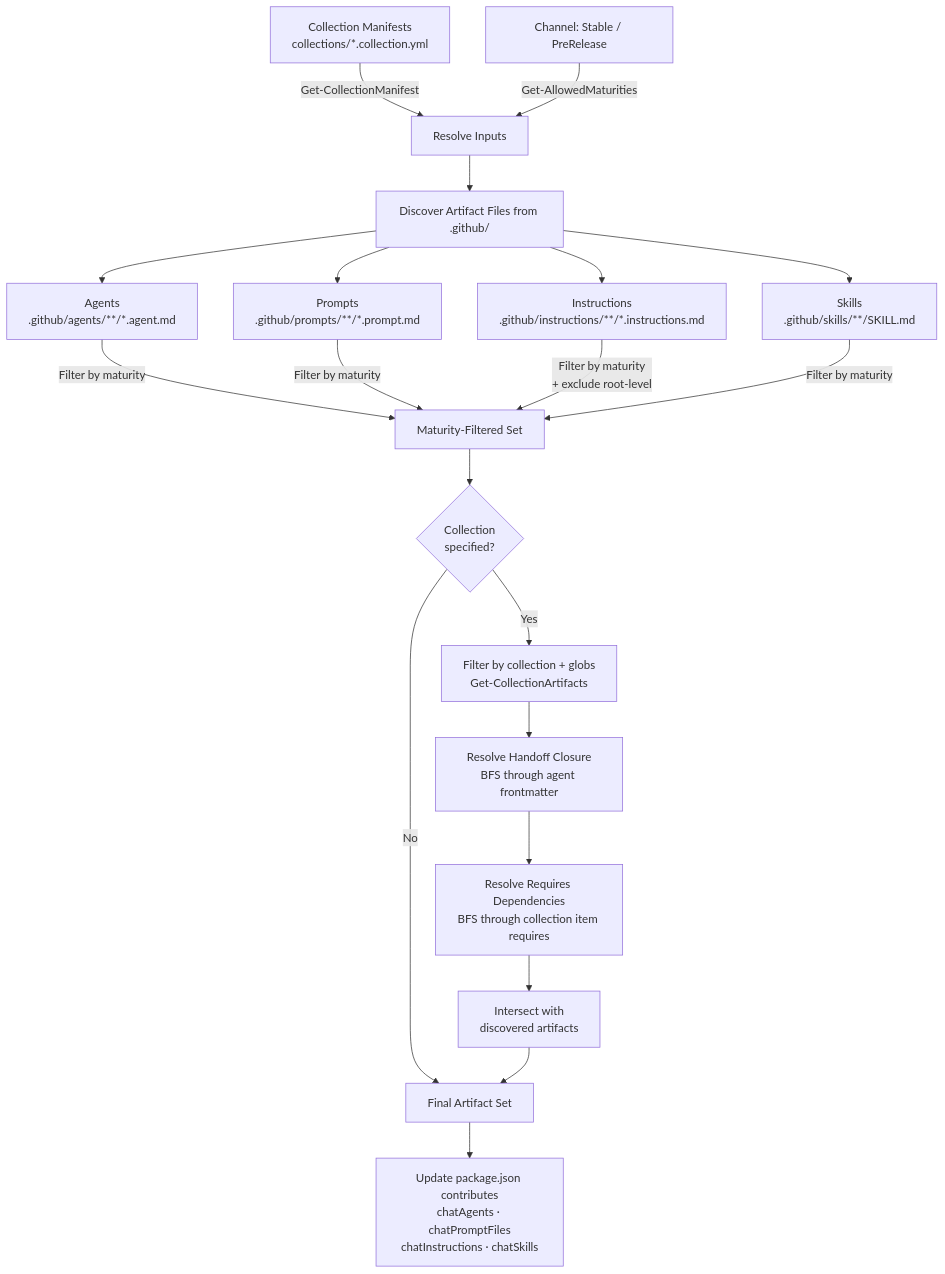
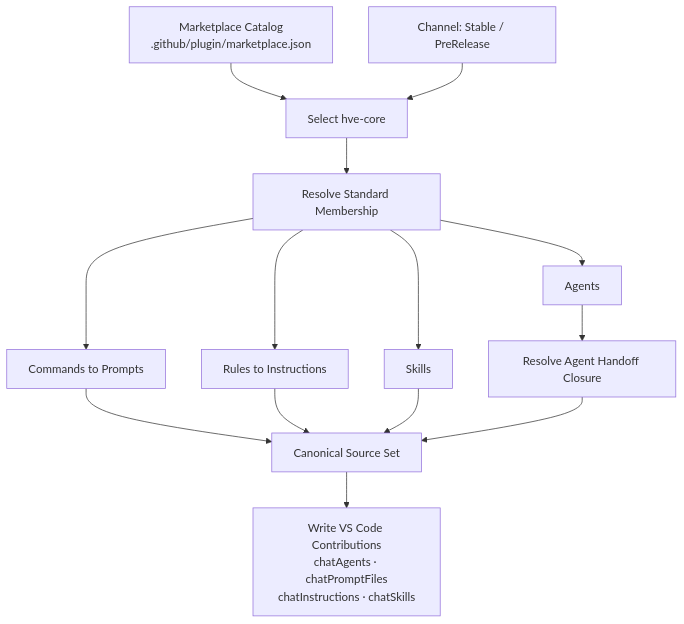
The second of 3 diagrams in extension/PACKAGING.md (MohammedAlkindi/hve-core), drawn with Mermaid before and after one commit. The commit also changed other lines of this file and 999 other files, not shown here.

````diff
--- a/extension/PACKAGING.md
+++ b/extension/PACKAGING.md
@@ -90,27 +103,16 @@
 ```mermaid
 flowchart TB
-    CM["Collection Manifests<br/>collections/*.collection.yml"] -->|Get-CollectionManifest| INPUTS
-    CH[Channel: Stable / PreRelease] -->|Get-AllowedMaturities| INPUTS
-
-    INPUTS[Resolve Inputs] --> DISC[Discover Artifact Files from .github/]
-
-    DISC --> AG["Agents<br/>.github/agents/**/*.agent.md"]
-    DISC --> PR["Prompts<br/>.github/prompts/**/*.prompt.md"]
-    DISC --> IN["Instructions<br/>.github/instructions/**/*.instructions.md"]
-    DISC --> SK["Skills<br/>.github/skills/**/SKILL.md"]
-
-    AG -->|Filter by maturity| FM[Maturity-Filtered Set]
-    PR -->|Filter by maturity| FM
-    IN -->|"Filter by maturity<br/>+ exclude root-level"| FM
-    SK -->|Filter by maturity| FM
-
-    FM --> CF{"Collection<br/>specified?"}
-    CF -->|No| FINAL[Final Artifact Set]
-    CF -->|Yes| PA["Filter by collection + globs<br/>Get-CollectionArtifacts"]
-    PA --> HD["Resolve Handoff Closure<br/>BFS through agent frontmatter"]
-    HD --> RD["Resolve Requires Dependencies<br/>BFS through collection item requires"]
-    RD --> INT["Intersect with<br/>discovered artifacts"]
-    INT --> FINAL
-
-    FINAL --> UPD["Update package.json contributes<br/>chatAgents · chatPromptFiles<br/>chatInstructions · chatSkills"]
+    CAT["Marketplace Catalog<br/>.github/plugin/marketplace.json"] --> PKG[Select hve-core]
+    CH[Channel: Stable / PreRelease] --> PKG
+    PKG --> RECIPE[Resolve Standard Membership]
+    RECIPE --> AG[Agents]
+    RECIPE --> PR[Commands to Prompts]
+    RECIPE --> IN[Rules to Instructions]
+    RECIPE --> SK[Skills]
+    AG --> HD[Resolve Agent Handoff Closure]
+    PR --> FINAL[Canonical Source Set]
+    IN --> FINAL
+    SK --> FINAL
+    HD --> FINAL
+    FINAL --> UPD["Write VS Code Contributions<br/>chatAgents · chatPromptFiles<br/>chatInstructions · chatSkills"]
 ```
````
